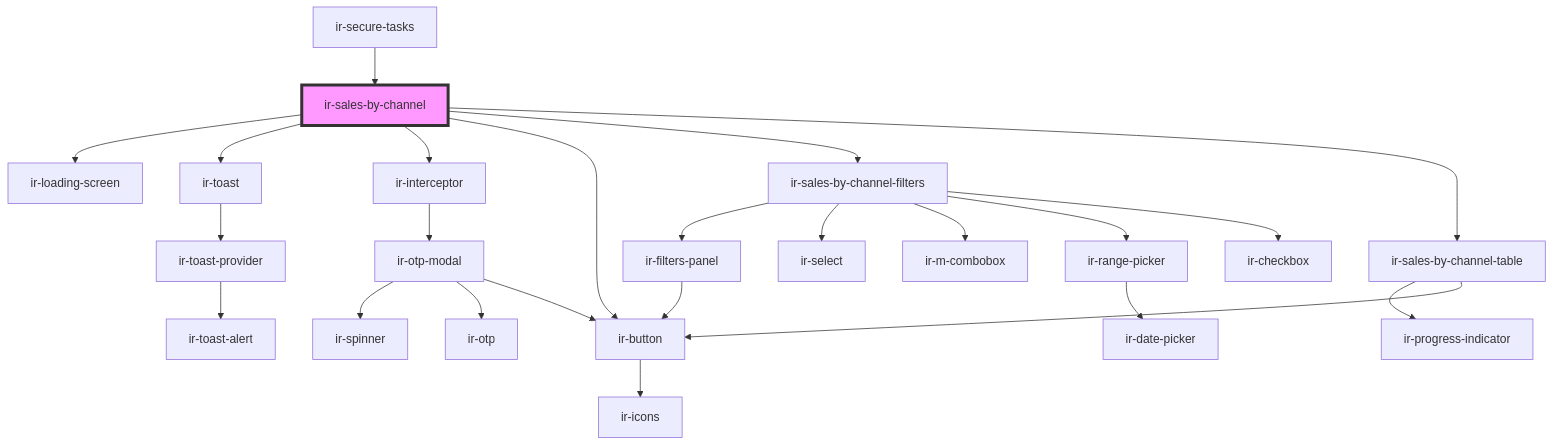
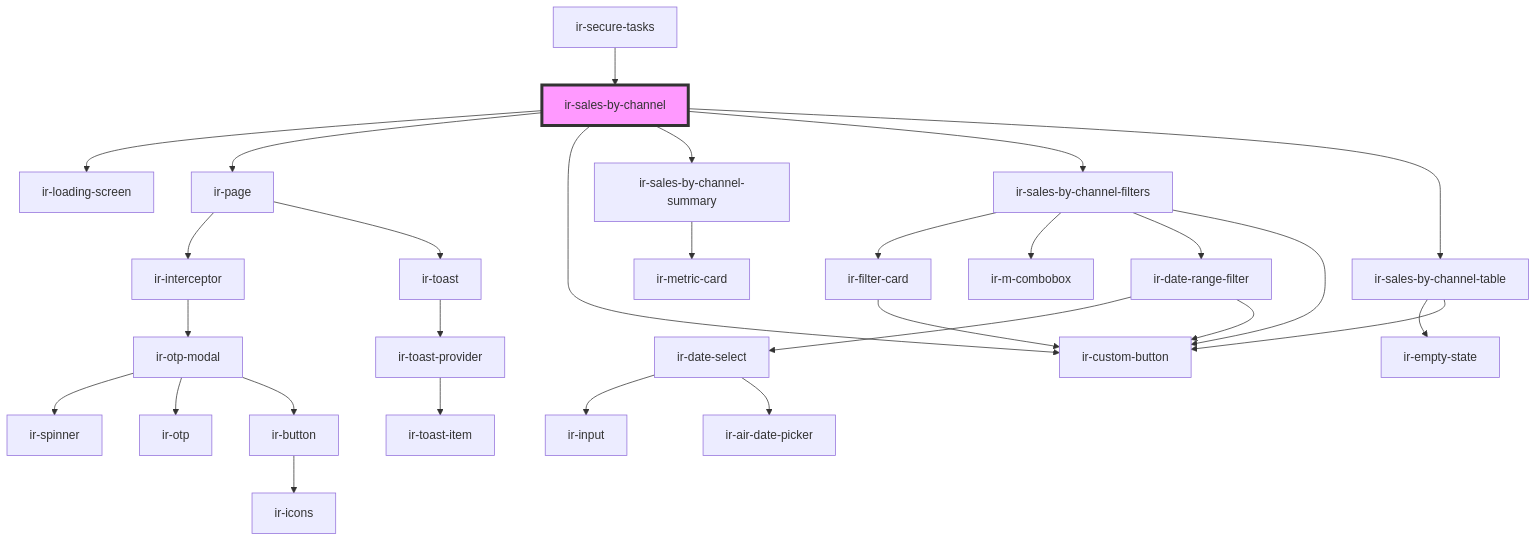
The diagram in src/components/ir-sales-by-channel/readme.md (RonyRizk/ir-webcmp), drawn with Mermaid before and after one commit. The commit also changed other lines of this file and 508 other files, not shown here.

````diff
--- a/src/components/ir-sales-by-channel/readme.md
+++ b/src/components/ir-sales-by-channel/readme.md
@@ -35,27 +35,32 @@
 ```mermaid
 graph TD;
   ir-sales-by-channel --> ir-loading-screen
-  ir-sales-by-channel --> ir-toast
-  ir-sales-by-channel --> ir-interceptor
-  ir-sales-by-channel --> ir-button
+  ir-sales-by-channel --> ir-page
+  ir-sales-by-channel --> ir-custom-button
+  ir-sales-by-channel --> ir-sales-by-channel-summary
   ir-sales-by-channel --> ir-sales-by-channel-filters
   ir-sales-by-channel --> ir-sales-by-channel-table
-  ir-toast --> ir-toast-provider
-  ir-toast-provider --> ir-toast-alert
+  ir-page --> ir-interceptor
+  ir-page --> ir-toast
   ir-interceptor --> ir-otp-modal
   ir-otp-modal --> ir-spinner
   ir-otp-modal --> ir-otp
   ir-otp-modal --> ir-button
   ir-button --> ir-icons
-  ir-sales-by-channel-filters --> ir-filters-panel
-  ir-sales-by-channel-filters --> ir-select
+  ir-toast --> ir-toast-provider
+  ir-toast-provider --> ir-toast-item
+  ir-sales-by-channel-summary --> ir-metric-card
+  ir-sales-by-channel-filters --> ir-filter-card
   ir-sales-by-channel-filters --> ir-m-combobox
-  ir-sales-by-channel-filters --> ir-range-picker
-  ir-sales-by-channel-filters --> ir-checkbox
-  ir-filters-panel --> ir-button
-  ir-range-picker --> ir-date-picker
-  ir-sales-by-channel-table --> ir-progress-indicator
-  ir-sales-by-channel-table --> ir-button
+  ir-sales-by-channel-filters --> ir-date-range-filter
+  ir-sales-by-channel-filters --> ir-custom-button
+  ir-filter-card --> ir-custom-button
+  ir-date-range-filter --> ir-date-select
+  ir-date-range-filter --> ir-custom-button
+  ir-date-select --> ir-input
+  ir-date-select --> ir-air-date-picker
+  ir-sales-by-channel-table --> ir-empty-state
+  ir-sales-by-channel-table --> ir-custom-button
   ir-secure-tasks --> ir-sales-by-channel
   style ir-sales-by-channel fill:#f9f,stroke:#333,stroke-width:4px
 ```
````
